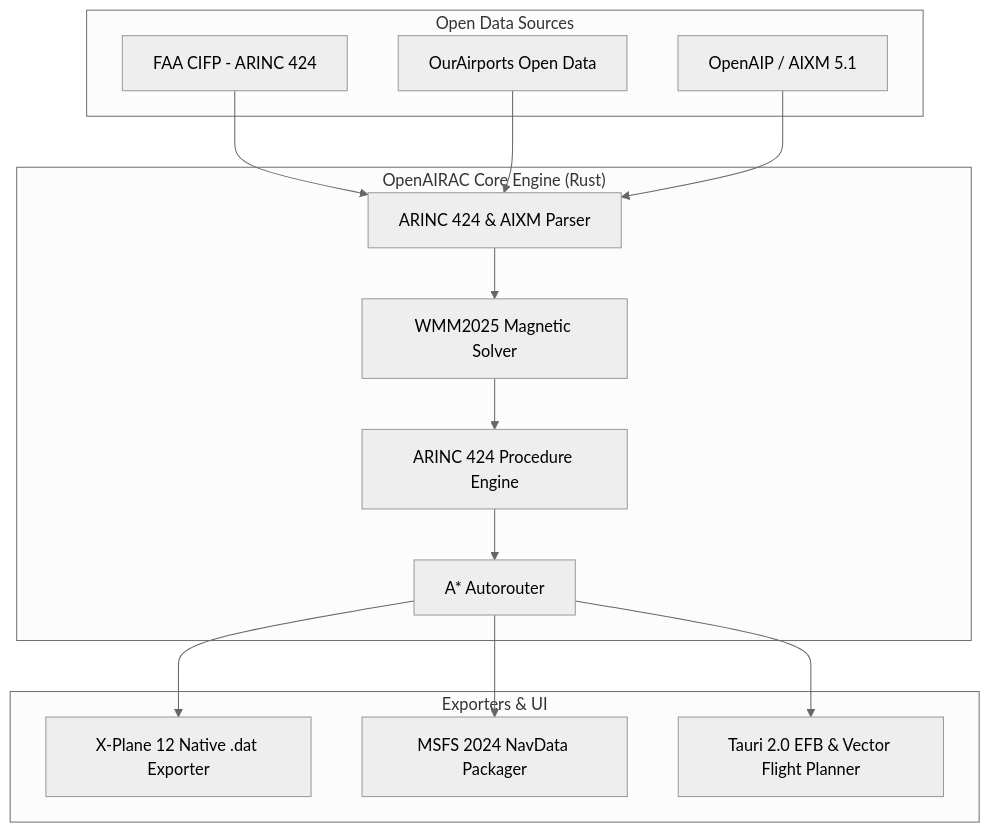
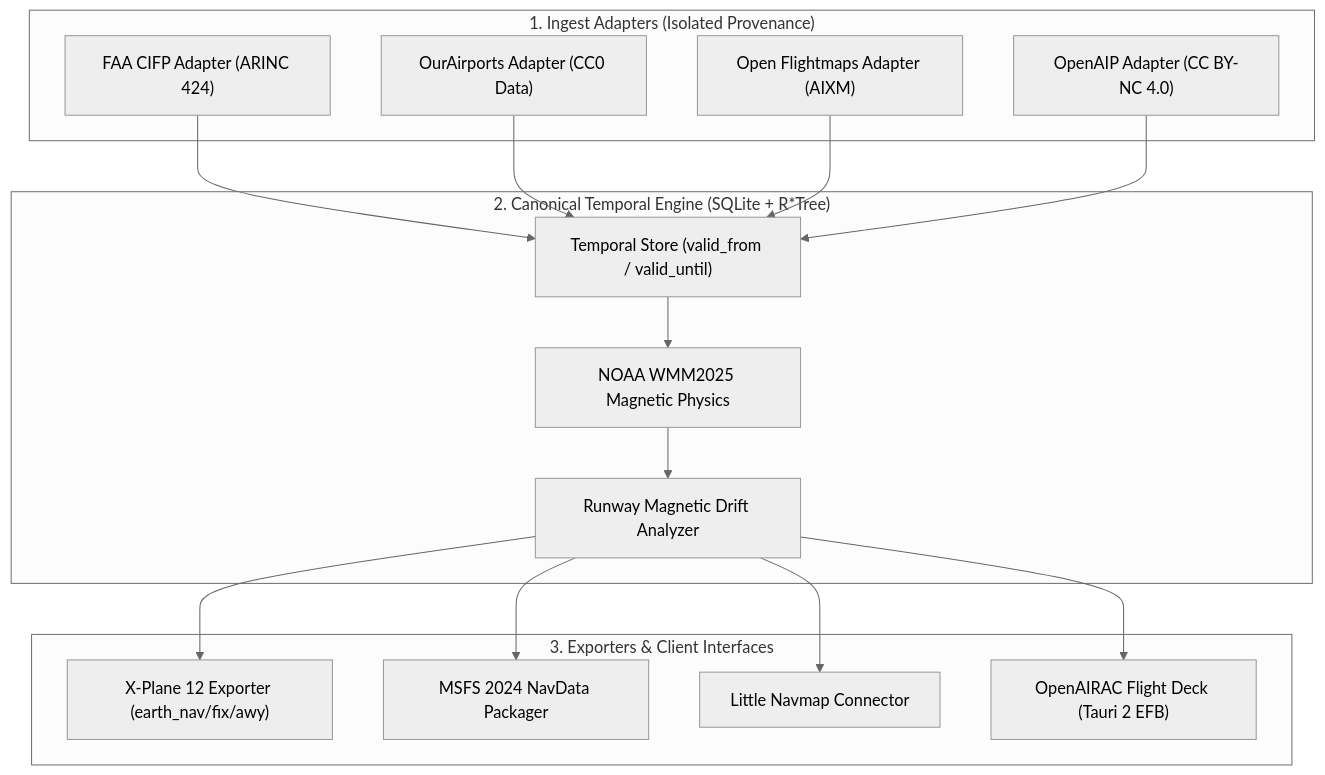
One commit to bobberdolle1/open-airac changed the diagram in README.md. Above: the diagram before and after it, drawn with Mermaid (neutral theme). The commit also changed other lines of this file and 16 other files, not shown here.

Commit message:
refactor: establish canonical temporal navdata architecture & NOAA WMM2025 solver

````diff
--- a/README.md
+++ b/README.md
@@ -46,33 +36,35 @@
 ```mermaid
 graph TD
-    subgraph OpenData["Open Data Sources"]
-        FAA["FAA CIFP - ARINC 424"]
-        OA["OurAirports Open Data"]
-        AIP["OpenAIP / AIXM 5.1"]
+    subgraph DataAdapters["1. Ingest Adapters (Isolated Provenance)"]
+        FAA["FAA CIFP Adapter (ARINC 424)"]
+        OA["OurAirports Adapter (CC0 Data)"]
+        OFM["Open Flightmaps Adapter (AIXM)"]
+        AIP["OpenAIP Adapter (CC BY-NC 4.0)"]
     end
 
-    subgraph CoreEngine["OpenAIRAC Core Engine (Rust)"]
-        PARSER["ARINC 424 & AIXM Parser"]
-        WMM["WMM2025 Magnetic Solver"]
-        PROC["ARINC 424 Procedure Engine"]
-        ROUTE["A* Autorouter"]
+    subgraph CanonicalDB["2. Canonical Temporal Engine (SQLite + R*Tree)"]
+        STORE["Temporal Store (valid_from / valid_until)"]
+        WMM["NOAA WMM2025 Magnetic Physics"]
+        DRIFT["Runway Magnetic Drift Analyzer"]
     end
 
-    subgraph Exporters["Exporters & UI"]
-        XP12["X-Plane 12 Native .dat Exporter"]
+    subgraph RuntimeExporters["3. Exporters & Client Interfaces"]
+        XP12["X-Plane 12 Exporter (earth_nav/fix/awy)"]
         MSFS["MSFS 2024 NavData Packager"]
-        EFB["Tauri 2.0 EFB & Vector Flight Planner"]
+        LNM["Little Navmap Connector"]
+        EFB["OpenAIRAC Flight Deck (Tauri 2 EFB)"]
     end
 
-    FAA --> PARSER
-    OA --> PARSER
-    AIP --> PARSER
+    FAA --> STORE
+    OA --> STORE
+    OFM --> STORE
+    AIP --> STORE
 
-    PARSER --> WMM
-    WMM --> PROC
-    PROC --> ROUTE
+    STORE --> WMM
+    WMM --> DRIFT
 
-    ROUTE --> XP12
-    ROUTE --> MSFS
-    ROUTE --> EFB
+    DRIFT --> XP12
+    DRIFT --> MSFS
+    DRIFT --> LNM
+    DRIFT --> EFB
 ```
````
